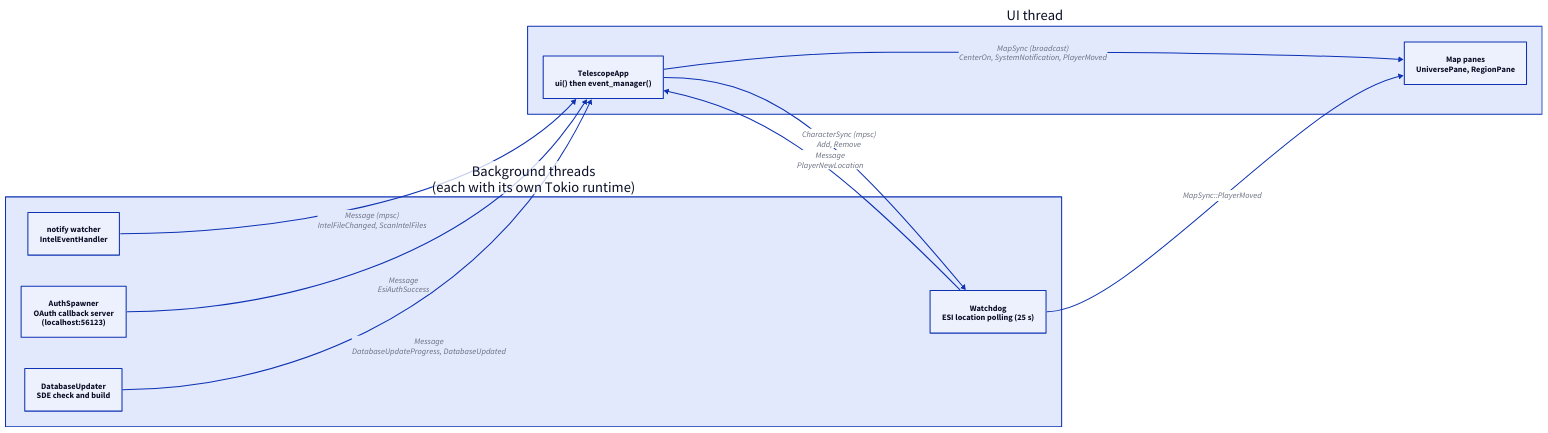
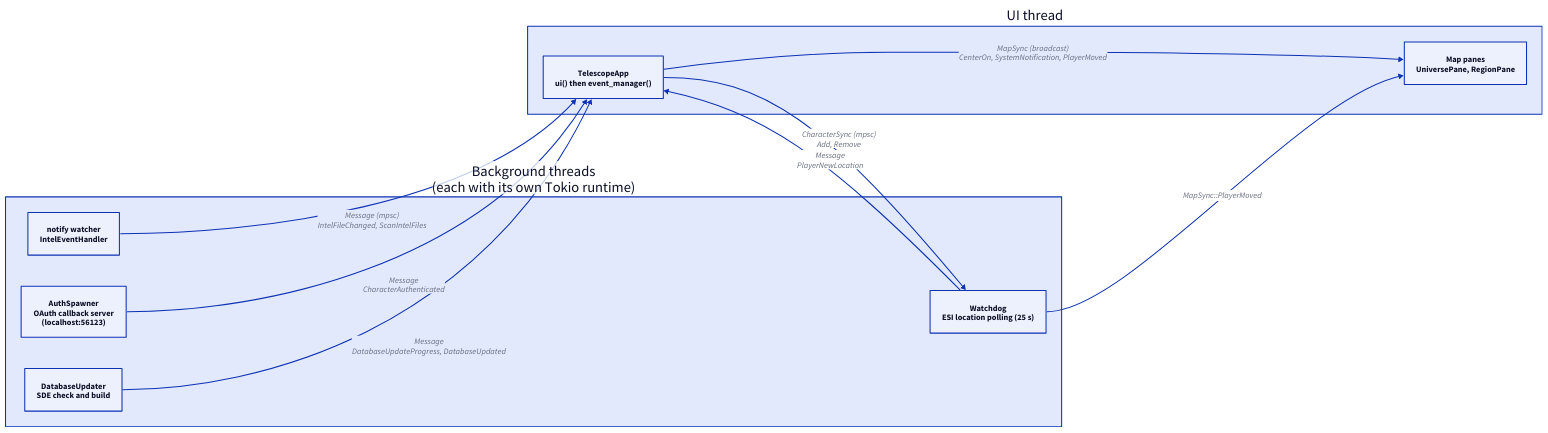
Before and after one commit to rafaga/telescope: the diagram in docs/architecture/messaging.d2, drawn with D2. The commit also changed 20 other files, not shown here.

```diff
--- a/docs/architecture/messaging.d2
+++ b/docs/architecture/messaging.d2
@@ -1,21 +1,21 @@
 direction: right
 
 bg: "Background threads\n(each with its own Tokio runtime)" {
   watcher: "notify watcher\nIntelEventHandler"
   auth: "AuthSpawner\nOAuth callback server\n(localhost:56123)"
   updater: "DatabaseUpdater\nSDE check and build"
   watchdog: "Watchdog\nESI location polling (25 s)"
 }
 
 ui: "UI thread" {
   app: "TelescopeApp\nui() then event_manager()"
   panes: "Map panes\nUniversePane, RegionPane"
   app -> panes: "MapSync (broadcast)\nCenterOn, SystemNotification, PlayerMoved"
 }
 
 bg.watcher -> ui.app: "Message (mpsc)\nIntelFileChanged, ScanIntelFiles"
-bg.auth -> ui.app: "Message\nEsiAuthSuccess"
+bg.auth -> ui.app: "Message\nCharacterAuthenticated"
 bg.updater -> ui.app: "Message\nDatabaseUpdateProgress, DatabaseUpdated"
 bg.watchdog -> ui.app: "Message\nPlayerNewLocation"
 bg.watchdog -> ui.panes: "MapSync::PlayerMoved"
 ui.app -> bg.watchdog: "CharacterSync (mpsc)\nAdd, Remove"
```
